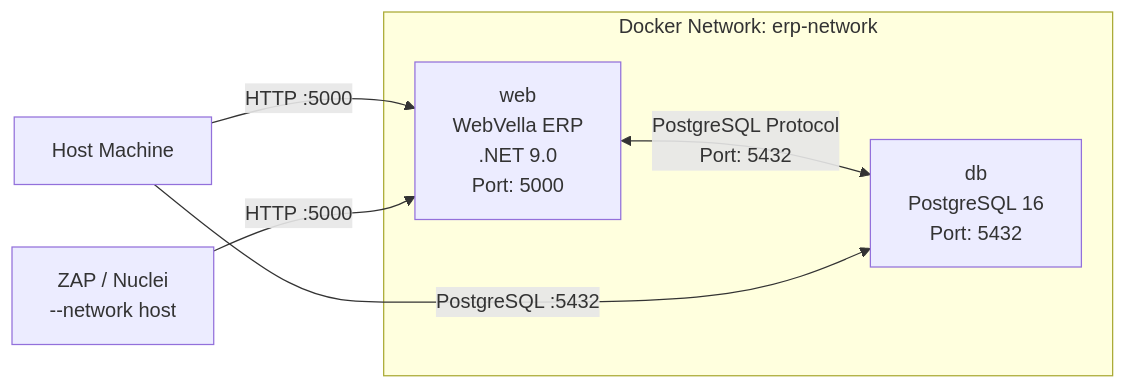
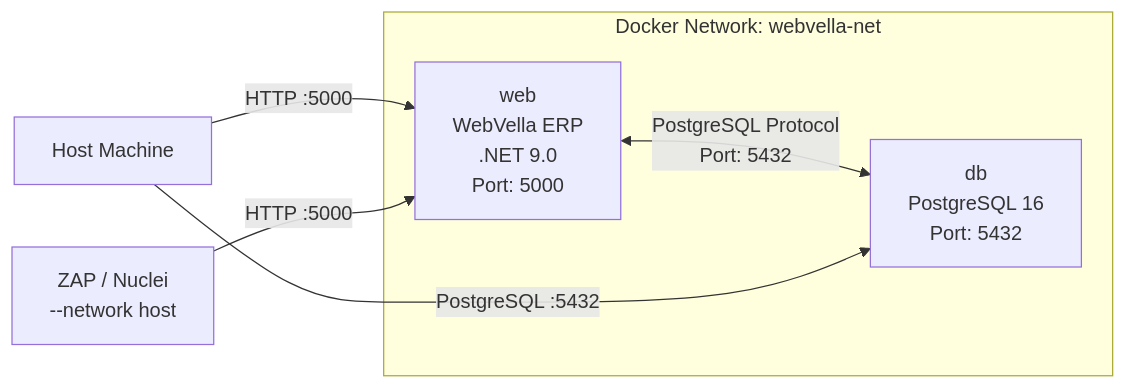
Before and after one commit to blitzy-public-samples/blitzy-WebVella-ERP: the diagram in docs/security/docker-setup.md, drawn with Mermaid. The commit also changed other lines of this file and 6 other files, not shown here.

````diff
--- a/docs/security/docker-setup.md
+++ b/docs/security/docker-setup.md
@@ -452,9 +473,9 @@
 ```mermaid
 graph LR
-    subgraph "Docker Network: erp-network"
+    subgraph "Docker Network: webvella-net"
         A["web<br/>WebVella ERP<br/>.NET 9.0<br/>Port: 5000"] <-->|"PostgreSQL Protocol<br/>Port: 5432"| B["db<br/>PostgreSQL 16<br/>Port: 5432"]
     end
     C["Host Machine"] -->|"HTTP :5000"| A
     C -->|"PostgreSQL :5432"| B
     D["ZAP / Nuclei<br/>--network host"] -->|"HTTP :5000"| A
 ```
````
